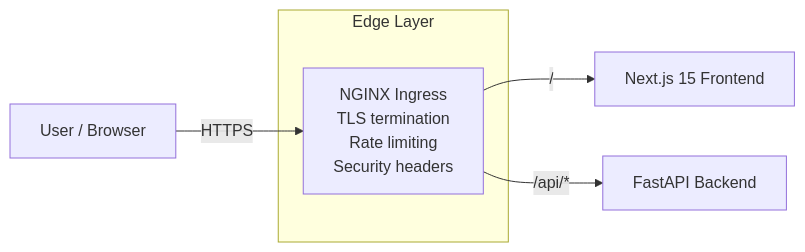
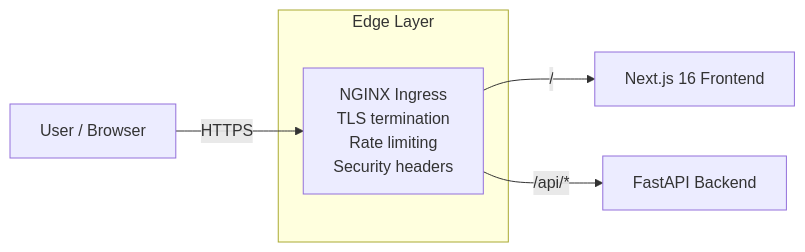
Before and after one commit to berserkhmdvhb/fullstack_template: the first of 2 diagrams in README.md, drawn with Mermaid. The commit also changed other lines of this file and 28 other files, not shown here.

First line of the commit message:
feat(frontend): move to Next.js 16 and React 19; middleware.ts becomes proxy.ts

````diff
--- a/README.md
+++ b/README.md
@@ -157,15 +157,15 @@
 ```mermaid
 flowchart LR
   Client[User / Browser]
 
   subgraph Edge["Edge Layer"]
     Ingress["NGINX Ingress<br/>TLS termination<br/>Rate limiting<br/>Security headers"]
   end
 
-  FE["Next.js 15 Frontend"]
+  FE["Next.js 16 Frontend"]
   BE["FastAPI Backend"]
 
   Client -->|"HTTPS"| Ingress
   Ingress -->|"/"| FE
   Ingress -->|"/api/*"| BE
 ```
````
